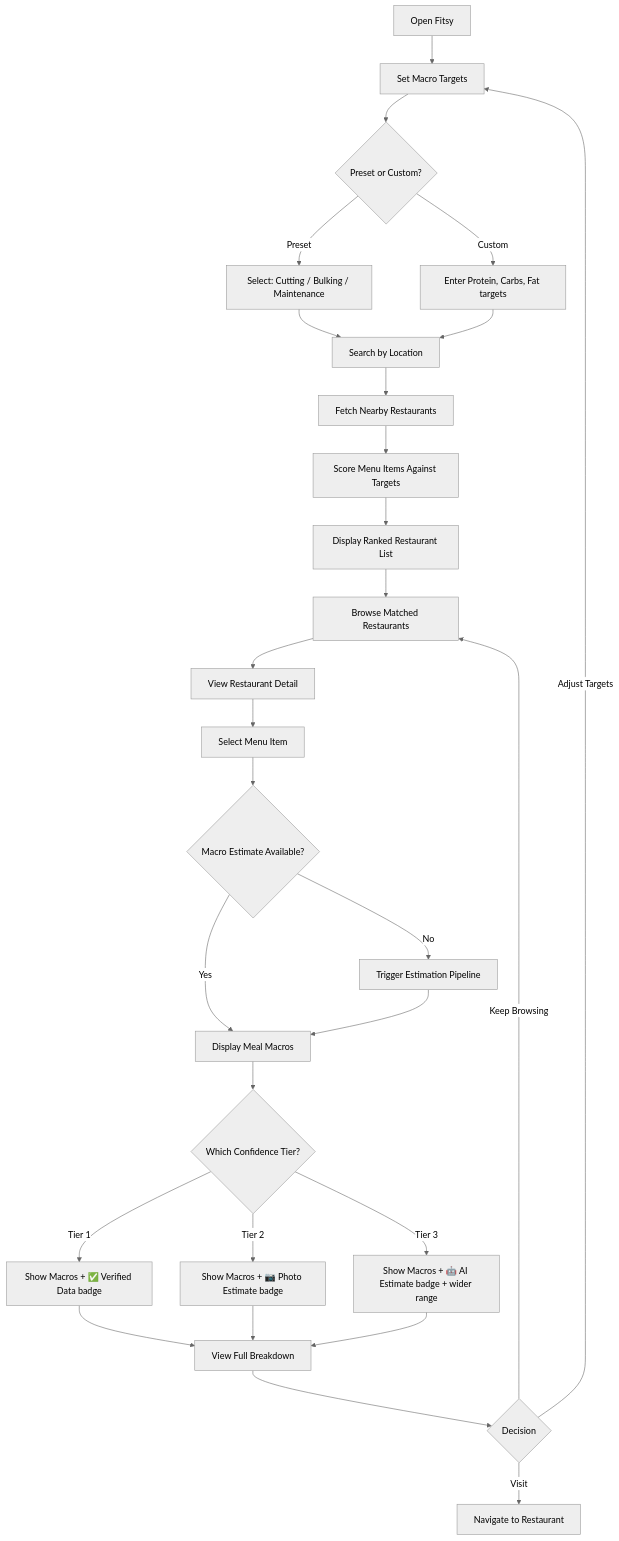
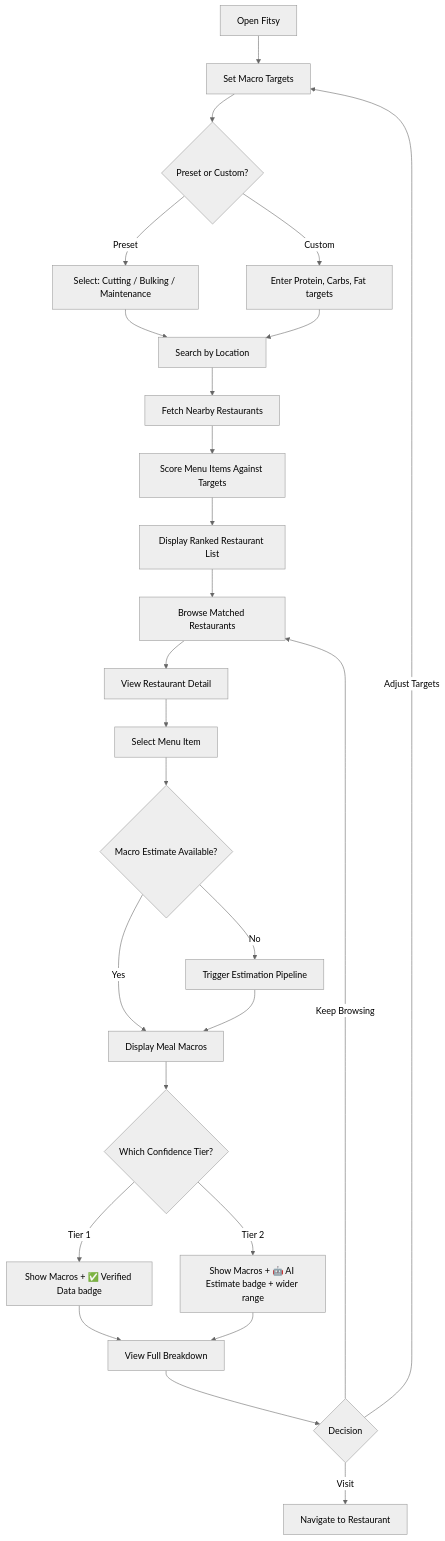
One commit to dgmolla/fitsy changed the first of 2 diagrams in docs/product/specs/vision-prd.md. Above: the diagram before and after it, drawn with Mermaid (neutral theme). The commit also changed other lines of this file and 3 other files, not shown here.

````diff
--- a/docs/product/specs/vision-prd.md
+++ b/docs/product/specs/vision-prd.md
@@ -97,36 +96,34 @@
 ```mermaid
 flowchart TD
     A[Open Fitsy] --> B[Set Macro Targets]
     B --> B1{Preset or Custom?}
     B1 -->|Preset| B2[Select: Cutting / Bulking / Maintenance]
     B1 -->|Custom| B3[Enter Protein, Carbs, Fat targets]
     B2 --> C[Search by Location]
     B3 --> C
 
     C --> D[Fetch Nearby Restaurants]
     D --> E[Score Menu Items Against Targets]
     E --> F[Display Ranked Restaurant List]
 
     F --> G[Browse Matched Restaurants]
     G --> H[View Restaurant Detail]
     H --> I[Select Menu Item]
 
     I --> J{Macro Estimate Available?}
     J -->|Yes| K[Display Meal Macros]
     J -->|No| L[Trigger Estimation Pipeline]
     L --> K
 
     K --> M{Which Confidence Tier?}
     M -->|Tier 1| N["Show Macros + ✅ Verified Data badge"]
-    M -->|Tier 2| O["Show Macros + 📷 Photo Estimate badge"]
-    M -->|Tier 3| P["Show Macros + 🤖 AI Estimate badge + wider range"]
+    M -->|Tier 2| O["Show Macros + 🤖 AI Estimate badge + wider range"]
 
     N --> Q[View Full Breakdown]
     O --> Q
-    P --> Q
 
     Q --> R{Decision}
     R -->|Visit| S[Navigate to Restaurant]
     R -->|Keep Browsing| G
     R -->|Adjust Targets| B
 ```
````
